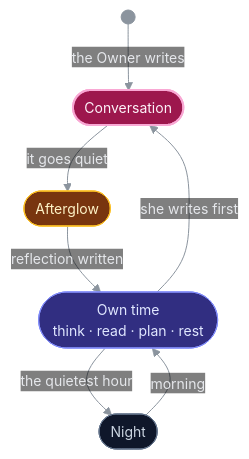
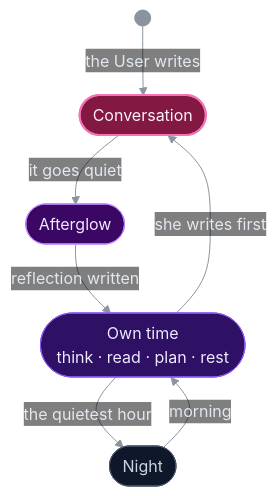
One commit to XharvaK/Ashley changed the third of 6 diagrams in README.md. Above: the diagram before and after it, drawn with Mermaid. The commit also changed other lines of this file, not shown here.

Commit message:
README: one palette for the diagrams, GitHub's own font (no clipped labels), User instead of Owner

````diff
--- a/README.md
+++ b/README.md
@@ -129,25 +124,21 @@
 ```mermaid
-%%{init: {"theme": "base", "themeVariables": {"fontFamily": "ui-sans-serif, -apple-system, Segoe UI, Helvetica, Arial, sans-serif", "fontSize": "14px", "lineColor": "#8b949e", "textColor": "#8b949e", "edgeLabelBackground": "transparent", "clusterBkg": "transparent", "clusterBorder": "#8b949e", "primaryColor": "#1f2937", "primaryBorderColor": "#6b7280", "primaryTextColor": "#e5e7eb"}, "themeCSS": ".labelBkg, .edgeLabel { background-color: transparent !important; } .cluster-label span, .cluster-label p { letter-spacing: 0.08em; font-size: 12px; }", "flowchart": {"wrappingWidth": 320, "curve": "basis", "nodeSpacing": 40, "rankSpacing": 45, "padding": 14}}}%%
+%%{init: {"theme": "base", "themeVariables": {"lineColor": "#8b949e", "textColor": "#8b949e", "edgeLabelBackground": "transparent", "clusterBkg": "transparent", "clusterBorder": "#8b949e", "primaryColor": "#1e293b", "primaryBorderColor": "#64748b", "primaryTextColor": "#e2e8f0"}, "themeCSS": ".labelBkg, .edgeLabel { background-color: transparent !important; }", "flowchart": {"curve": "basis", "nodeSpacing": 40, "rankSpacing": 45, "padding": 16}}}%%
 flowchart TB
-    S((" ")) -->|"the Owner writes"| C(["Conversation"])
+    S((" ")) -->|"the User writes"| C(["Conversation"])
     C -->|"it goes quiet"| A(["Afterglow"])
     A -->|"reflection written"| O(["Own time<br/>think · read · plan · rest"])
     O -->|"she writes first"| C
     O -->|"the quietest hour"| N(["Night"])
     N -->|"morning"| O
 
-    classDef thought fill:#7c3aed,stroke:#c4b5fd,stroke-width:2px,color:#ffffff
-    classDef self fill:#312e81,stroke:#818cf8,color:#e0e7ff
-    classDef past fill:#134e4a,stroke:#2dd4bf,color:#ccfbf1
-    classDef attn fill:#78350f,stroke:#fbbf24,color:#fef3c7
-    classDef owner fill:#9d174d,stroke:#f9a8d4,stroke-width:2px,color:#fdf2f8
-    classDef mech fill:#1f2937,stroke:#6b7280,color:#e5e7eb
-    classDef gone fill:#1f2937,stroke:#6b7280,stroke-dasharray:4 4,color:#9ca3af
+    classDef user fill:#831843,stroke:#f472b6,color:#fdf2f8,stroke-width:2px
+    classDef attn fill:#3b0764,stroke:#c084fc,color:#f3e8ff
+    classDef self fill:#2e1065,stroke:#8b5cf6,color:#ede9fe
+    classDef night fill:#0f172a,stroke:#475569,color:#cbd5e1
     classDef start fill:#8b949e,stroke:#8b949e
-    classDef night fill:#0f172a,stroke:#64748b,color:#cbd5e1
     class S start
-    class C owner
+    class C user
     class A attn
     class O self
     class N night
 ```
````
